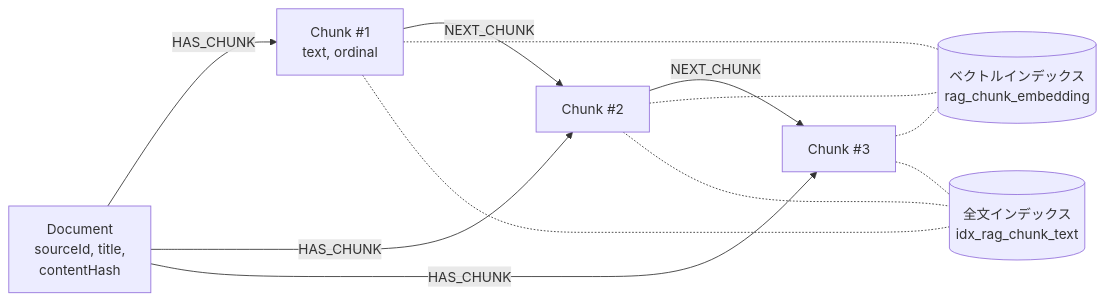
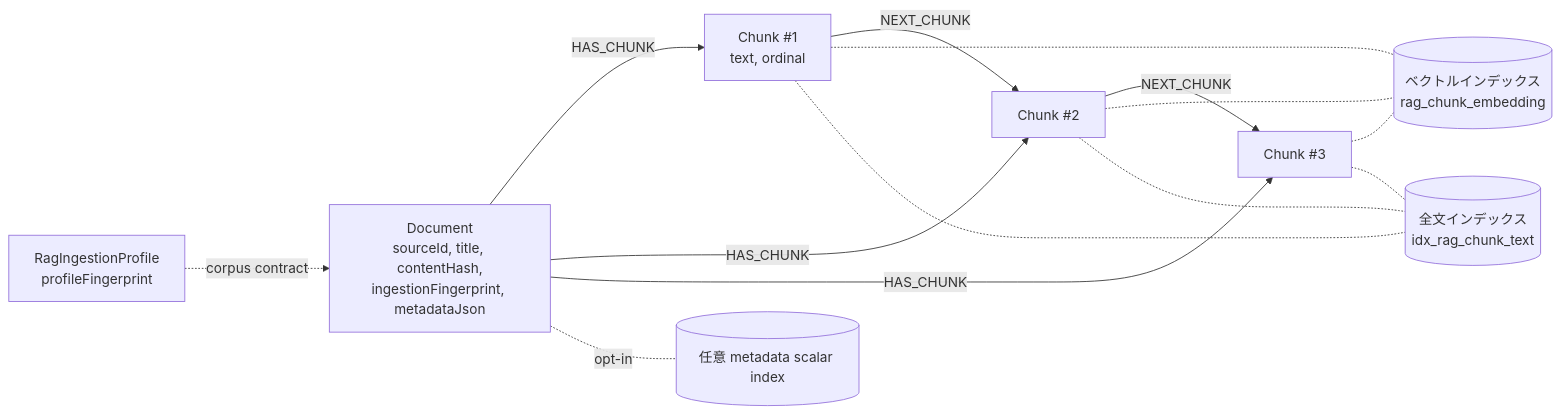
The fourth of 5 diagrams in docs/architecture-diagrams.md (delicioustuna/Quiver), drawn with Mermaid before and after one commit. The commit also changed other lines of this file and 183 other files, not shown here.

````diff
--- a/docs/architecture-diagrams.md
+++ b/docs/architecture-diagrams.md
@@ -105,21 +112,25 @@
 ```mermaid
 flowchart LR
-    Doc["Document<br/>sourceId, title,<br/>contentHash"]
+    Profile["RagIngestionProfile<br/>profileFingerprint"]
+    Doc["Document<br/>sourceId, title, contentHash,<br/>ingestionFingerprint, metadataJson"]
     C1["Chunk #1<br/>text, ordinal"]
     C2["Chunk #2"]
     C3["Chunk #3"]
     VecIdx[("ベクトルインデックス<br/>rag_chunk_embedding")]
     FtsIdx[("全文インデックス<br/>idx_rag_chunk_text")]
+    MetaIdx[("任意 metadata scalar index")]
 
+    Profile -. corpus contract .-> Doc
     Doc -- HAS_CHUNK --> C1
     Doc -- HAS_CHUNK --> C2
     Doc -- HAS_CHUNK --> C3
     C1 -- NEXT_CHUNK --> C2
     C2 -- NEXT_CHUNK --> C3
     C1 -.- VecIdx
     C2 -.- VecIdx
     C3 -.- VecIdx
     C1 -.- FtsIdx
+    Doc -. opt-in .- MetaIdx
     C2 -.- FtsIdx
     C3 -.- FtsIdx
 ```
````
